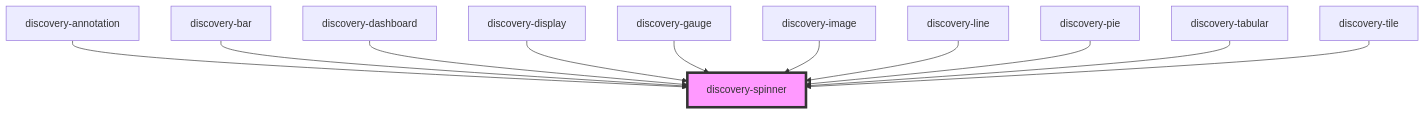
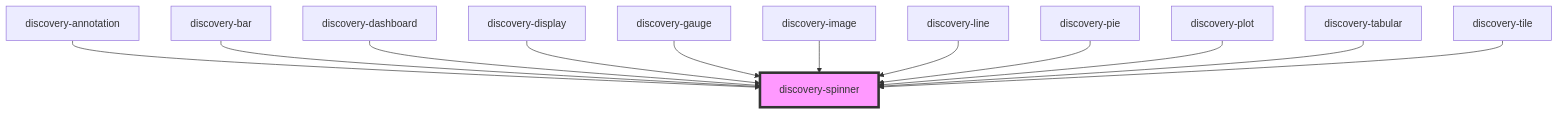
The diagram in src/components/discovery-spinner/readme.md (senx/discovery-widgets), drawn with Mermaid before and after one commit. The commit also changed other lines of this file and 17 other files, not shown here.

````diff
--- a/src/components/discovery-spinner/readme.md
+++ b/src/components/discovery-spinner/readme.md
@@ -31,14 +32,15 @@
 ```mermaid
 graph TD;
   discovery-annotation --> discovery-spinner
   discovery-bar --> discovery-spinner
   discovery-dashboard --> discovery-spinner
   discovery-display --> discovery-spinner
   discovery-gauge --> discovery-spinner
   discovery-image --> discovery-spinner
   discovery-line --> discovery-spinner
   discovery-pie --> discovery-spinner
+  discovery-plot --> discovery-spinner
   discovery-tabular --> discovery-spinner
   discovery-tile --> discovery-spinner
   style discovery-spinner fill:#f9f,stroke:#333,stroke-width:4px
 ```
````
